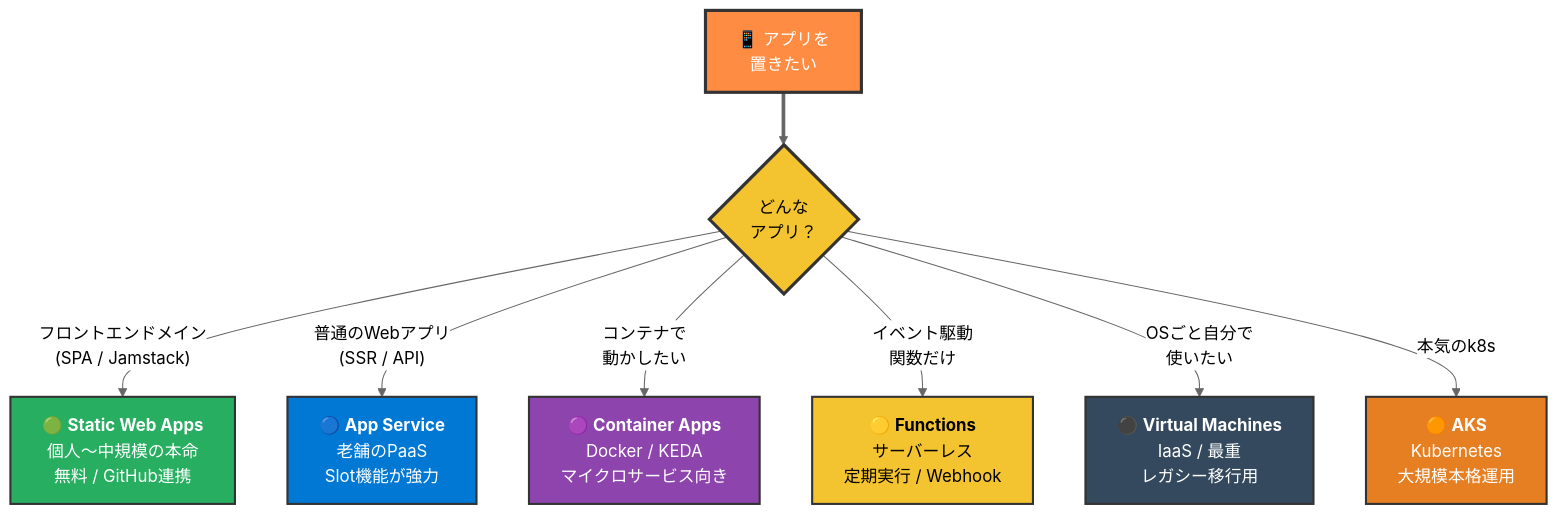
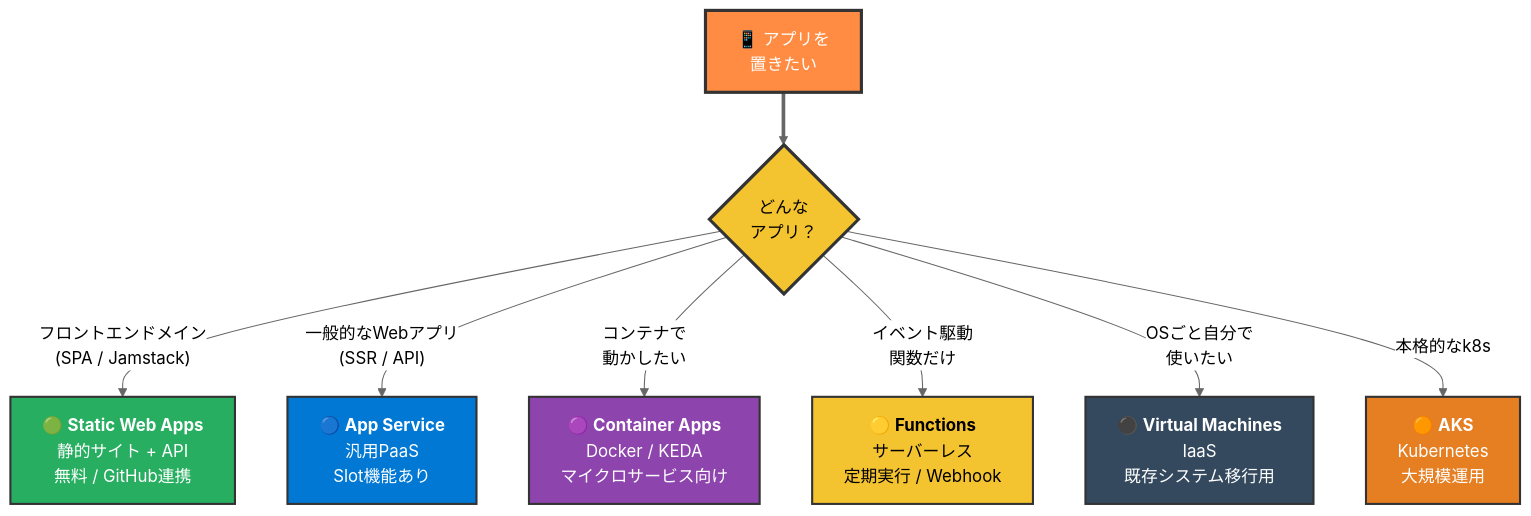
Before and after one commit to kasuyaofcb/tech_docs: the ninth of 35 diagrams in azure/azure.md, drawn with Mermaid (neutral theme). The commit also changed other lines of this file and 1 other file, not shown here.

````diff
--- a/azure/azure.md
+++ b/azure/azure.md
@@ -214,20 +214,20 @@
 ```mermaid
 flowchart TB
     Q["📱 アプリを<br/>置きたい"] ==> Q1{"どんな<br/>アプリ？"}
 
-    Q1 -->|"フロントエンドメイン<br/>(SPA / Jamstack)"| SWA["🟢 <b>Static Web Apps</b><br/>個人〜中規模の本命<br/>無料 / GitHub連携"]
-    Q1 -->|"普通のWebアプリ<br/>(SSR / API)"| APP["🔵 <b>App Service</b><br/>老舗のPaaS<br/>Slot機能が強力"]
-    Q1 -->|"コンテナで<br/>動かしたい"| CA["🟣 <b>Container Apps</b><br/>Docker / KEDA<br/>マイクロサービス向き"]
+    Q1 -->|"フロントエンドメイン<br/>(SPA / Jamstack)"| SWA["🟢 <b>Static Web Apps</b><br/>静的サイト + API<br/>無料 / GitHub連携"]
+    Q1 -->|"一般的なWebアプリ<br/>(SSR / API)"| APP["🔵 <b>App Service</b><br/>汎用PaaS<br/>Slot機能あり"]
+    Q1 -->|"コンテナで<br/>動かしたい"| CA["🟣 <b>Container Apps</b><br/>Docker / KEDA<br/>マイクロサービス向け"]
     Q1 -->|"イベント駆動<br/>関数だけ"| FN["🟡 <b>Functions</b><br/>サーバーレス<br/>定期実行 / Webhook"]
-    Q1 -->|"OSごと自分で<br/>使いたい"| VM["⚫ <b>Virtual Machines</b><br/>IaaS / 最重<br/>レガシー移行用"]
-    Q1 -->|"本気のk8s"| AKS["🟠 <b>AKS</b><br/>Kubernetes<br/>大規模本格運用"]
+    Q1 -->|"OSごと自分で<br/>使いたい"| VM["⚫ <b>Virtual Machines</b><br/>IaaS<br/>既存システム移行用"]
+    Q1 -->|"本格的なk8s"| AKS["🟠 <b>AKS</b><br/>Kubernetes<br/>大規模運用"]
 
     style Q fill:#FF8C42,color:#FFFFFF,stroke:#333,stroke-width:3px
     style Q1 fill:#F4C430,color:#000,stroke:#333,stroke-width:3px
     style SWA fill:#27AE60,color:#FFFFFF,stroke:#333,stroke-width:2px
     style APP fill:#0078D4,color:#FFFFFF,stroke:#333,stroke-width:2px
     style CA fill:#8E44AD,color:#FFFFFF,stroke:#333,stroke-width:2px
     style FN fill:#F4C430,color:#000,stroke:#333,stroke-width:2px
     style VM fill:#34495E,color:#FFFFFF,stroke:#333,stroke-width:2px
     style AKS fill:#E67E22,color:#FFFFFF,stroke:#333,stroke-width:2px
 ```
````
